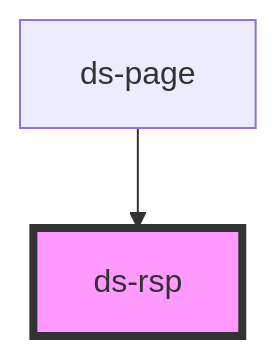
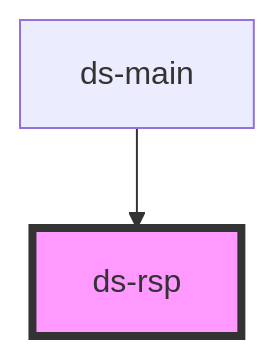
The diagram in components/core/responsive/readme.md (jezoock/dot-stash), drawn with Mermaid before and after one commit. The commit also changed other lines of this file and 33 other files, not shown here.

````diff
--- a/components/core/responsive/readme.md
+++ b/components/core/responsive/readme.md
@@ -140,5 +140,5 @@
 ```mermaid
 graph TD;
-  ds-page --> ds-rsp
+  ds-main --> ds-rsp
   style ds-rsp fill:#f9f,stroke:#333,stroke-width:4px
 ```
````
